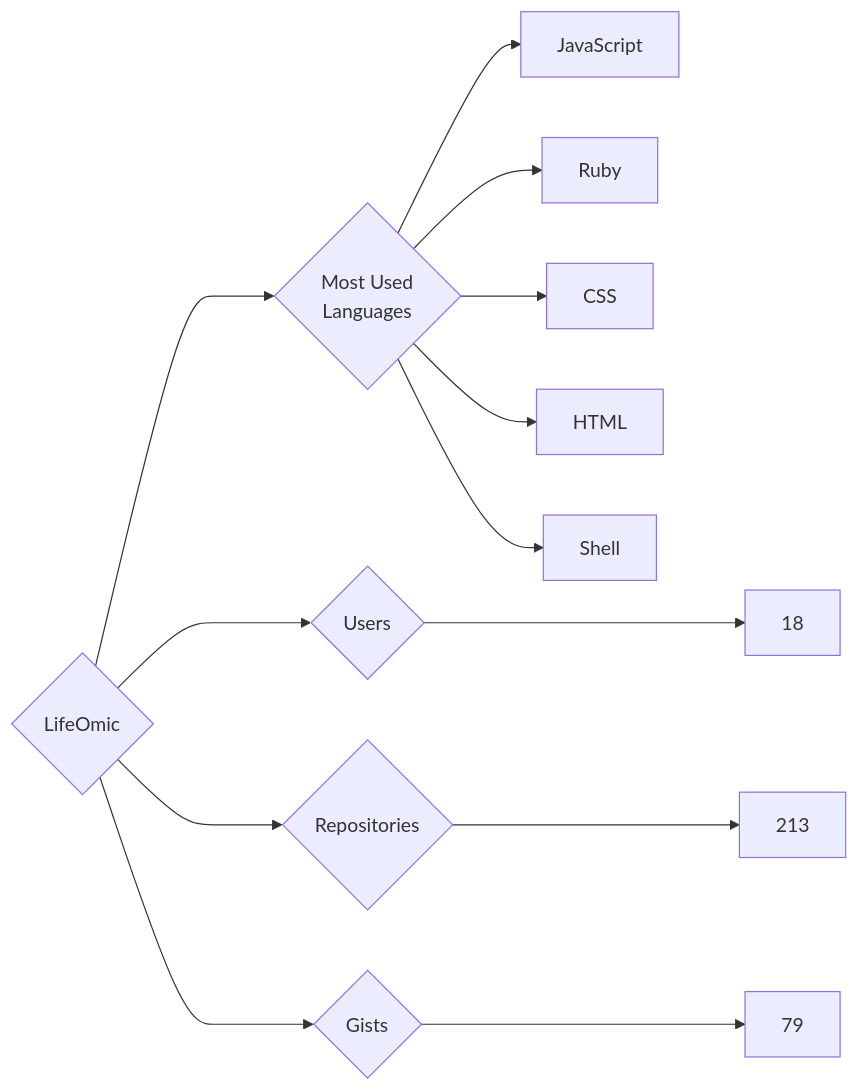
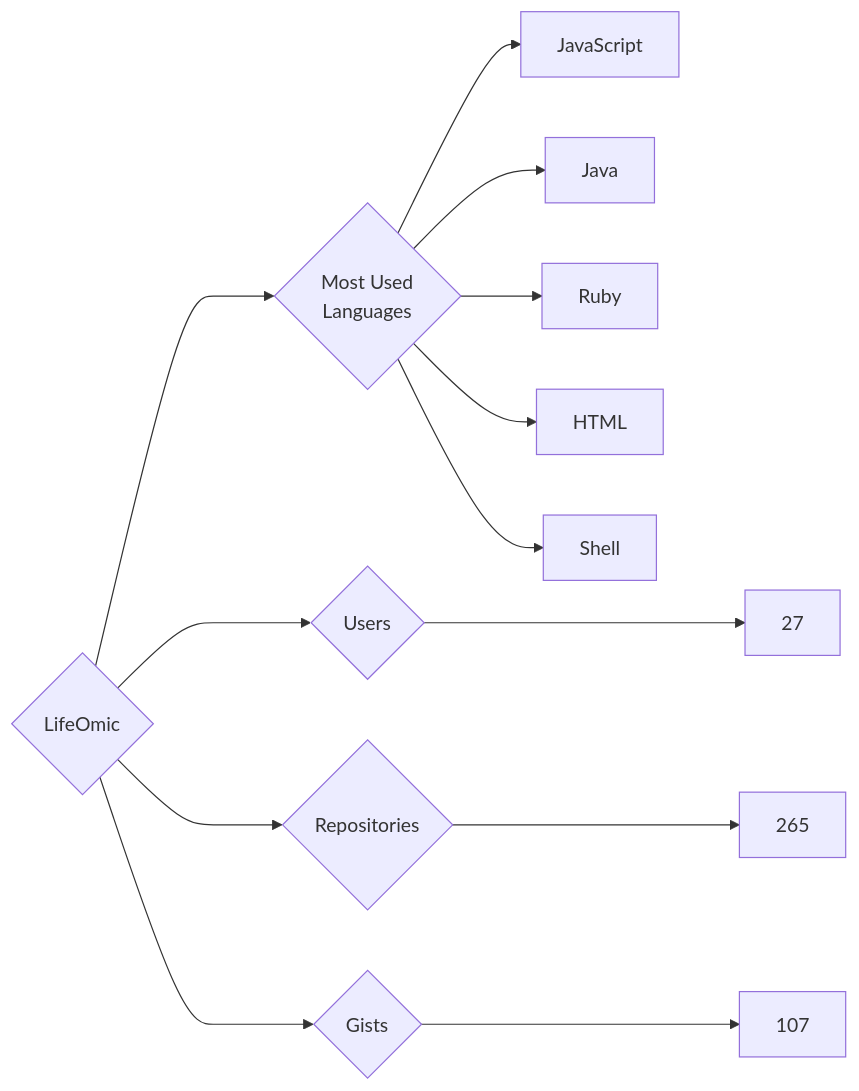
The diagram in targets/LifeOmic/README.md (trickest/insiders), drawn with Mermaid before and after one commit. The commit also changed 924 other files, not shown here.

````diff
--- a/targets/LifeOmic/README.md
+++ b/targets/LifeOmic/README.md
@@ -3,13 +3,13 @@
 ```mermaid
 graph LR
 COMPANY_NAME{LifeOmic}
-COMPANY_NAME ---> U{Users} ---> UN[18]
-COMPANY_NAME ---> R{Repositories} ---> RN[213]
-COMPANY_NAME ---> G{Gists} ---> GN[79]
+COMPANY_NAME ---> U{Users} ---> UN[27]
+COMPANY_NAME ---> R{Repositories} ---> RN[265]
+COMPANY_NAME ---> G{Gists} ---> GN[107]
 COMPANY_NAME ---> ML{Most Used<br>Languages}
 ML --> JavaScript[JavaScript]
+ML --> Java[Java]
 ML --> Ruby[Ruby]
-ML --> CSS[CSS]
 ML --> HTML[HTML]
 ML --> Shell[Shell]
 ```
````
